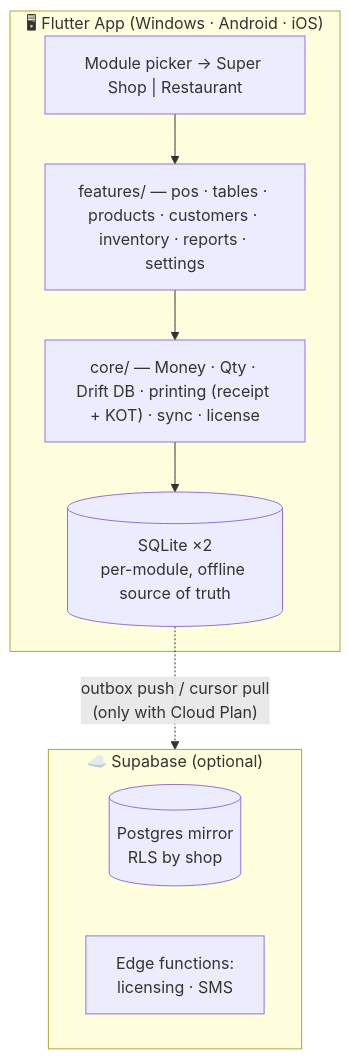
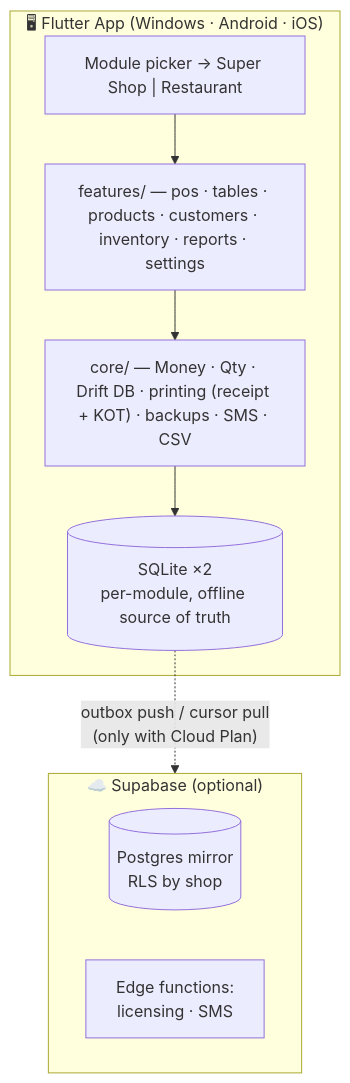
One commit to proffesergio/bechakena changed the diagram in README.md. Above: the diagram before and after it, drawn with Mermaid. The commit also changed other lines of this file and 107 other files, not shown here.

````diff
--- a/README.md
+++ b/README.md
@@ -155,15 +155,15 @@
 ```mermaid
 flowchart TB
     subgraph APP["🖥 Flutter App (Windows · Android · iOS)"]
         PICK["Module picker → Super Shop | Restaurant"]
         UI["features/ — pos · tables · products · customers · inventory · reports · settings"]
-        CORE["core/ — Money · Qty · Drift DB · printing (receipt + KOT) · sync · license"]
+        CORE["core/ — Money · Qty · Drift DB · printing (receipt + KOT) · backups · SMS · CSV"]
         PICK --> UI --> CORE
         CORE --> DB[("SQLite ×2\nper-module, offline source of truth")]
     end
     DB -. "outbox push / cursor pull\n(only with Cloud Plan)" .-> SB
     subgraph SB["☁️ Supabase (optional)"]
         PG[("Postgres mirror\nRLS by shop")]
         EF["Edge functions:\nlicensing · SMS"]
     end
 ```
````
